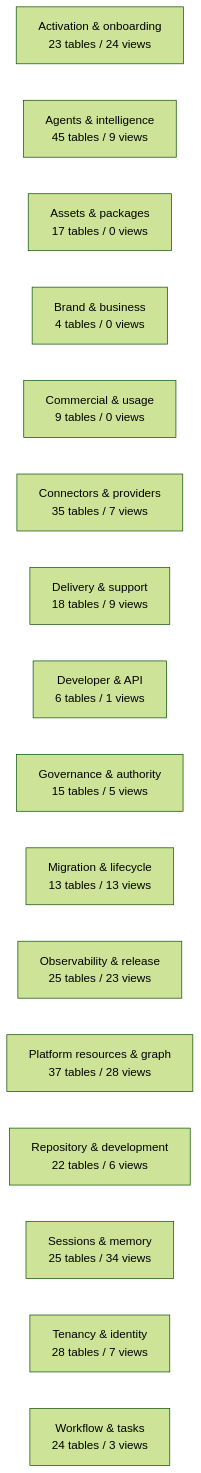
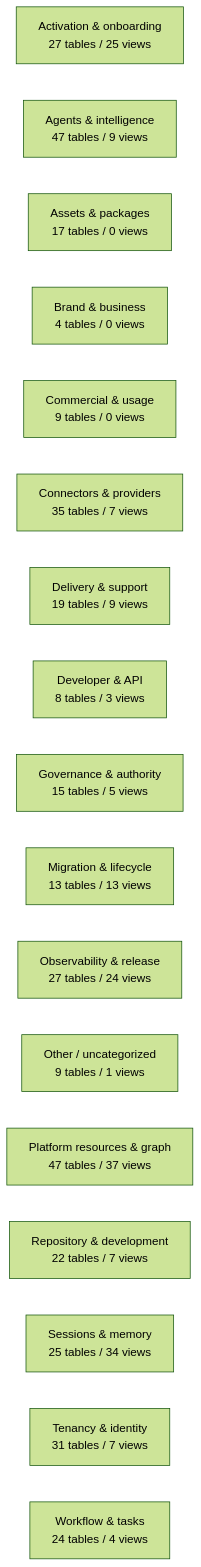
One commit to mad4bdigital-ai/multi-business-multi-role-growth-intelligence-os changed the diagram in docs/work-maps/data-model-domain-map.md. Above: the diagram before and after it, drawn with Mermaid (forest theme). The commit also changed other lines of this file and 20 other files, not shown here.

````diff
--- a/docs/work-maps/data-model-domain-map.md
+++ b/docs/work-maps/data-model-domain-map.md
@@ -9,19 +9,20 @@
 ```mermaid
 flowchart LR
-  n_Activation___onboarding["Activation & onboarding<br/>23 tables / 24 views"]
-  n_Agents___intelligence["Agents & intelligence<br/>45 tables / 9 views"]
+  n_Activation___onboarding["Activation & onboarding<br/>27 tables / 25 views"]
+  n_Agents___intelligence["Agents & intelligence<br/>47 tables / 9 views"]
   n_Assets___packages["Assets & packages<br/>17 tables / 0 views"]
   n_Brand___business["Brand & business<br/>4 tables / 0 views"]
   n_Commercial___usage["Commercial & usage<br/>9 tables / 0 views"]
   n_Connectors___providers["Connectors & providers<br/>35 tables / 7 views"]
-  n_Delivery___support["Delivery & support<br/>18 tables / 9 views"]
-  n_Developer___API["Developer & API<br/>6 tables / 1 views"]
+  n_Delivery___support["Delivery & support<br/>19 tables / 9 views"]
+  n_Developer___API["Developer & API<br/>8 tables / 3 views"]
   n_Governance___authority["Governance & authority<br/>15 tables / 5 views"]
   n_Migration___lifecycle["Migration & lifecycle<br/>13 tables / 13 views"]
-  n_Observability___release["Observability & release<br/>25 tables / 23 views"]
-  n_Platform_resources___graph["Platform resources & graph<br/>37 tables / 28 views"]
-  n_Repository___development["Repository & development<br/>22 tables / 6 views"]
+  n_Observability___release["Observability & release<br/>27 tables / 24 views"]
+  n_Other___uncategorized["Other / uncategorized<br/>9 tables / 1 views"]
+  n_Platform_resources___graph["Platform resources & graph<br/>47 tables / 37 views"]
+  n_Repository___development["Repository & development<br/>22 tables / 7 views"]
   n_Sessions___memory["Sessions & memory<br/>25 tables / 34 views"]
-  n_Tenancy___identity["Tenancy & identity<br/>28 tables / 7 views"]
-  n_Workflow___tasks["Workflow & tasks<br/>24 tables / 3 views"]
+  n_Tenancy___identity["Tenancy & identity<br/>31 tables / 7 views"]
+  n_Workflow___tasks["Workflow & tasks<br/>24 tables / 4 views"]
 ```
````
